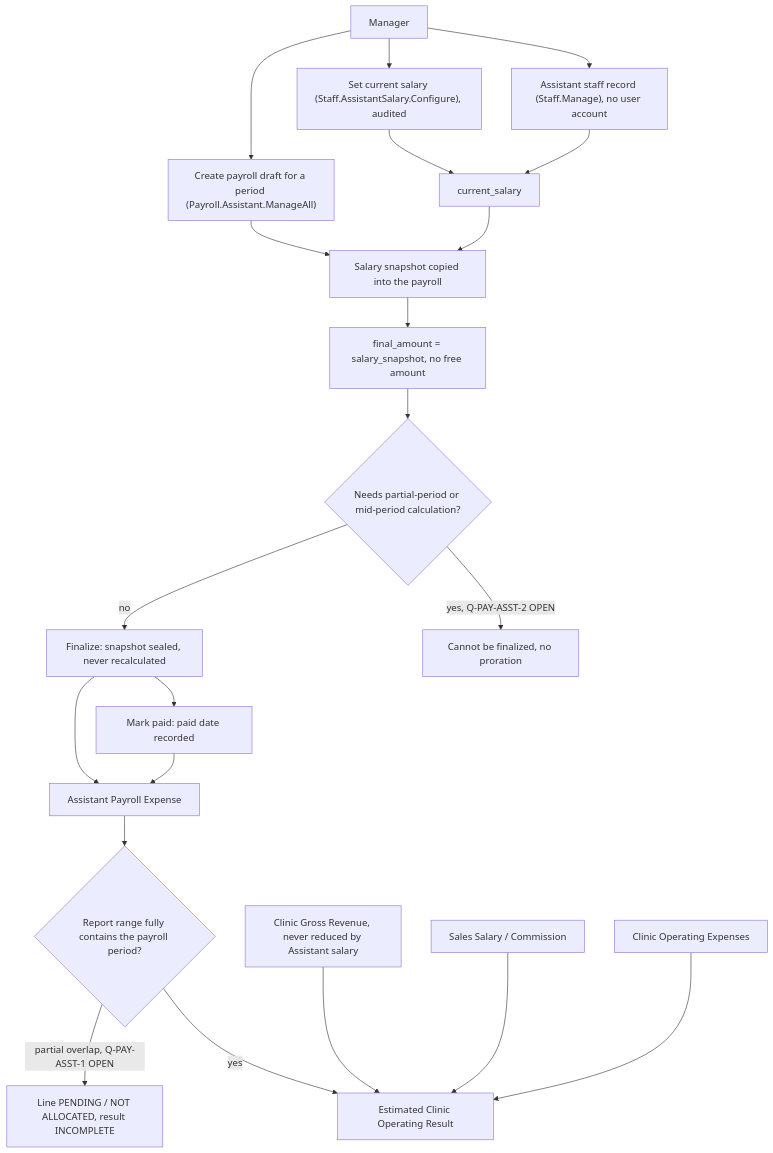
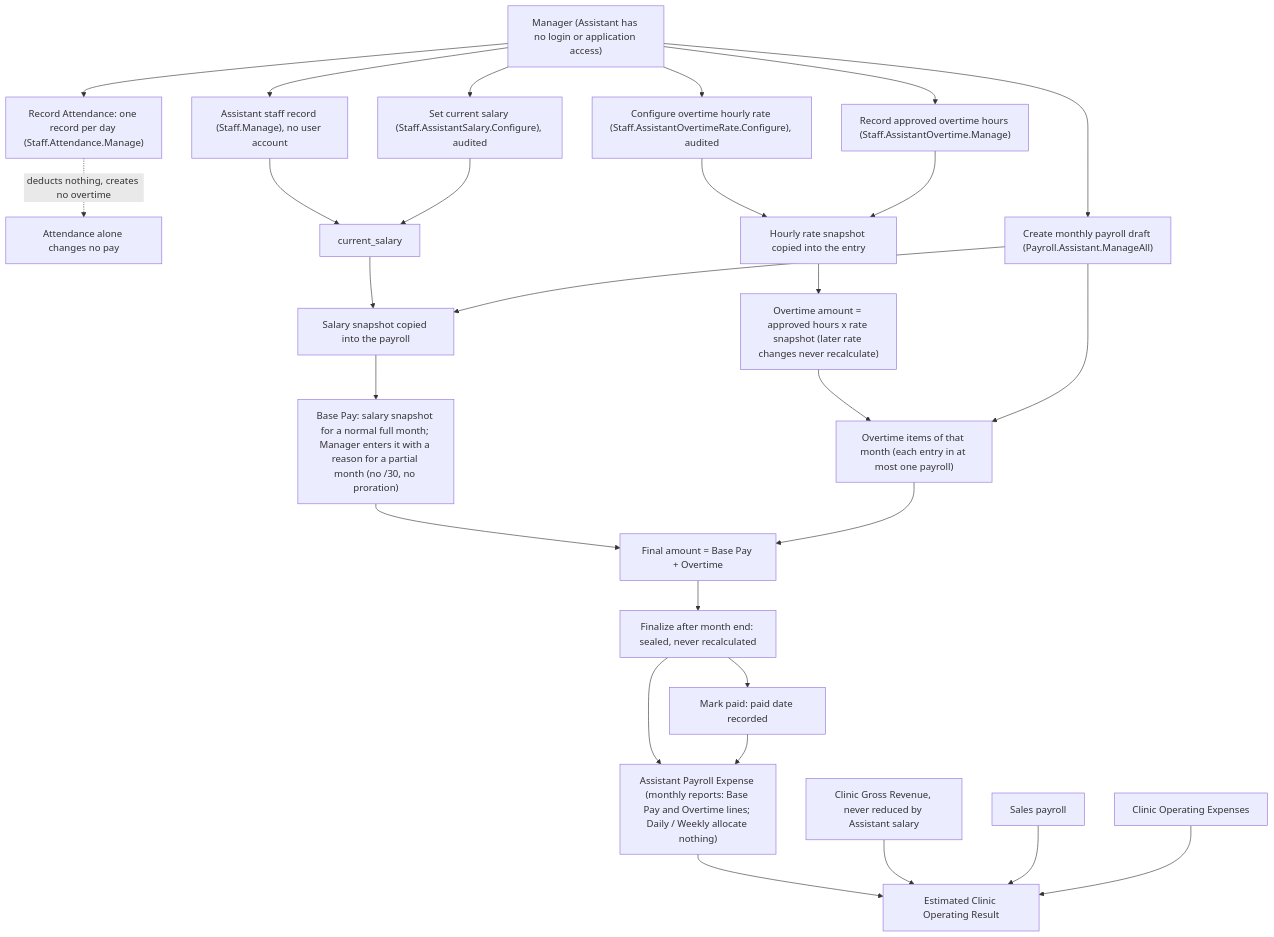
One commit to mostafaabdullah11/Dental-clinical-system changed the diagram in docs/diagrams/diagram-23-assistant-payroll-workflow.mmd. Above: the diagram before and after it, drawn with Mermaid. The commit also changed 51 other files, not shown here.

```diff
--- a/docs/diagrams/diagram-23-assistant-payroll-workflow.mmd
+++ b/docs/diagrams/diagram-23-assistant-payroll-workflow.mmd
@@ -1,21 +1,28 @@
 flowchart TD
-    MGR["Manager"] --> REC["Assistant staff record (Staff.Manage), no user account"]
+    MGR["Manager (Assistant has no login or application access)"] --> REC["Assistant staff record (Staff.Manage), no user account"]
     MGR --> SAL["Set current salary (Staff.AssistantSalary.Configure), audited"]
+    MGR --> RATE["Configure overtime hourly rate (Staff.AssistantOvertimeRate.Configure), audited"]
+    MGR --> ATT["Record Attendance: one record per day (Staff.Attendance.Manage)"]
+    ATT -.->|"deducts nothing, creates no overtime"| NOP["Attendance alone changes no pay"]
+    MGR --> OT["Record approved overtime hours (Staff.AssistantOvertime.Manage)"]
+    RATE --> SNAPR["Hourly rate snapshot copied into the entry"]
+    OT --> SNAPR
+    SNAPR --> AMT["Overtime amount = approved hours x rate snapshot (later rate changes never recalculate)"]
     REC --> CUR["current_salary"]
     SAL --> CUR
-    MGR --> DRAFT["Create payroll draft for a period (Payroll.Assistant.ManageAll)"]
+    MGR --> DRAFT["Create monthly payroll draft (Payroll.Assistant.ManageAll)"]
     CUR --> SNAP["Salary snapshot copied into the payroll"]
     DRAFT --> SNAP
-    SNAP --> FA["final_amount = salary_snapshot, no free amount"]
-    FA --> CHK{"Needs partial-period or mid-period calculation?"}
-    CHK -->|"yes, Q-PAY-ASST-2 OPEN"| BLK["Cannot be finalized, no proration"]
-    CHK -->|"no"| FIN["Finalize: snapshot sealed, never recalculated"]
+    SNAP --> BP["Base Pay: salary snapshot for a normal full month; Manager enters it with a reason for a partial month (no /30, no proration)"]
+    AMT --> OTI["Overtime items of that month (each entry in at most one payroll)"]
+    DRAFT --> OTI
+    BP --> FA["Final amount = Base Pay + Overtime"]
+    OTI --> FA
+    FA --> FIN["Finalize after month end: sealed, never recalculated"]
     FIN --> PAID["Mark paid: paid date recorded"]
-    FIN --> EXP["Assistant Payroll Expense"]
+    FIN --> EXP["Assistant Payroll Expense (monthly reports: Base Pay and Overtime lines; Daily / Weekly allocate nothing)"]
     PAID --> EXP
-    EXP --> RNG{"Report range fully contains the payroll period?"}
-    RNG -->|"yes"| RES["Estimated Clinic Operating Result"]
-    RNG -->|"partial overlap, Q-PAY-ASST-1 OPEN"| INC["Line PENDING / NOT ALLOCATED, result INCOMPLETE"]
+    EXP --> RES["Estimated Clinic Operating Result"]
     GR["Clinic Gross Revenue, never reduced by Assistant salary"] --> RES
-    SP["Sales Salary / Commission"] --> RES
+    SP["Sales payroll"] --> RES
     OE["Clinic Operating Expenses"] --> RES
```
